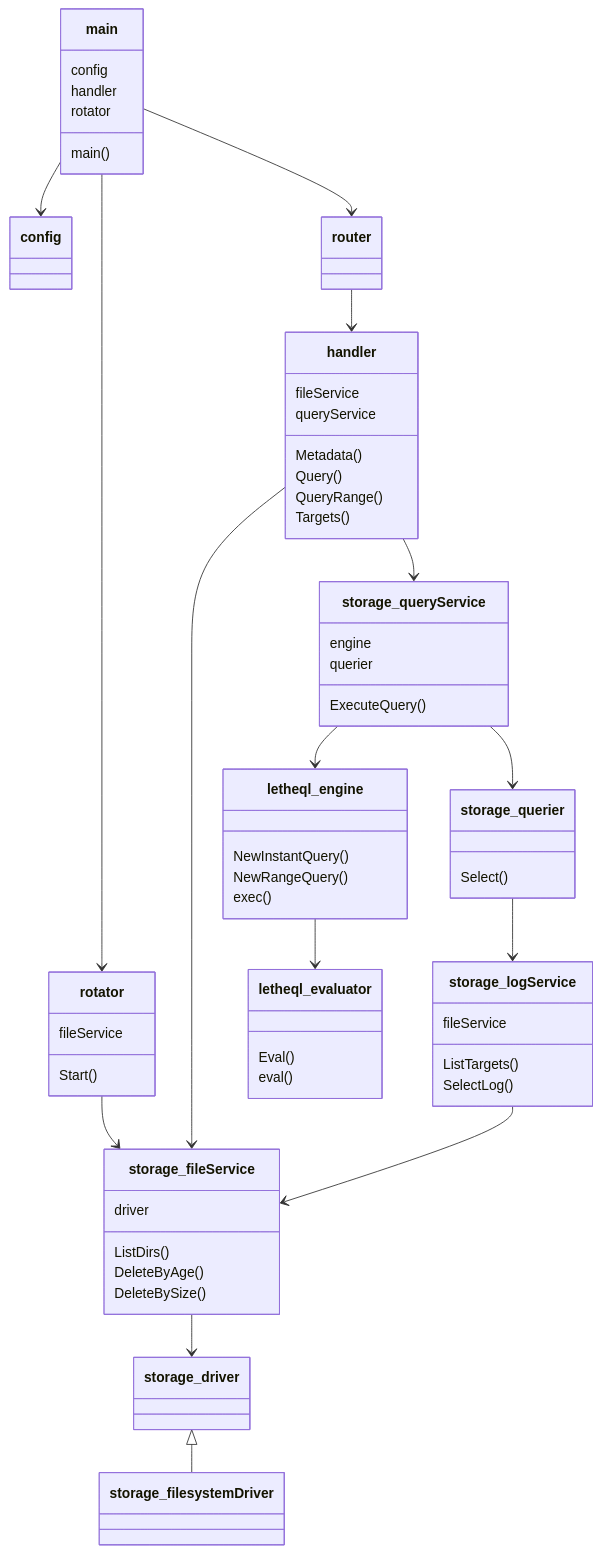
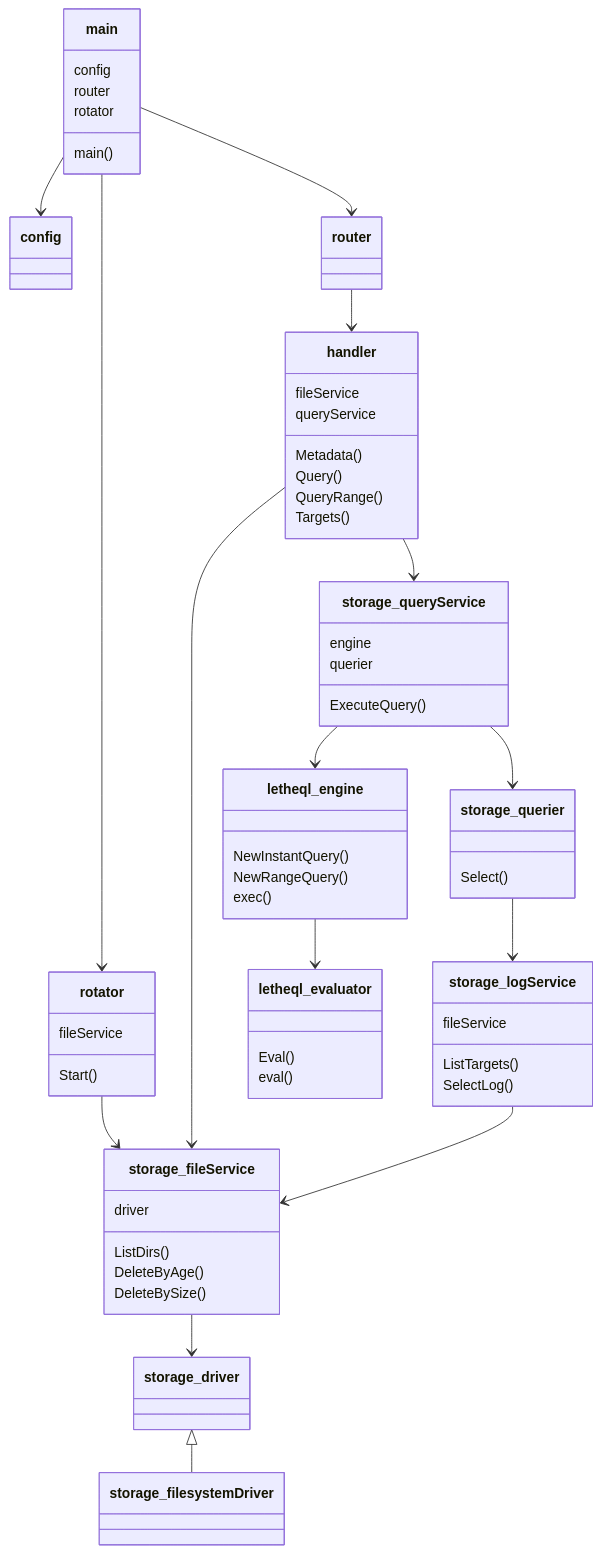
The diagram in docs/diagram.md (kuoss/lethe), drawn with Mermaid before and after one commit.

````diff
--- a/docs/diagram.md
+++ b/docs/diagram.md
@@ -1,81 +1,81 @@
 ```mermaid
 classDiagram
 
 main --> config
 main --> router
 main --> rotator
 
 router --> handler
 
 rotator --> storage_fileService
 
 handler --> storage_fileService
 handler --> storage_queryService
 
 storage_querier --> storage_logService
 
 storage_queryService --> storage_querier
 storage_queryService --> letheql_engine
 storage_logService --> storage_fileService
 storage_fileService --> storage_driver
 
 letheql_engine --> letheql_evaluator
 
 storage_driver <|-- storage_filesystemDriver
 
 class main {
     config
-    handler
+    router
     rotator
     main()
 }
 
 class rotator {
     fileService
     Start()
 }
 
 class handler {
     fileService
     queryService
     Metadata()
     Query()
     QueryRange()
     Targets()
 }
 
 class storage_querier {
     Select()
 }
 
 class storage_queryService {
     engine
     querier
     ExecuteQuery()
 }
 
 class storage_logService {
     fileService
     ListTargets()
     SelectLog()
 }
 
 class storage_fileService {
     driver
     ListDirs()
     DeleteByAge()
     DeleteBySize()
 }
 
 
 class letheql_engine {
     NewInstantQuery()
     NewRangeQuery()
     exec()
 }
 
 class letheql_evaluator {
     Eval()
     eval()
 }
 ```
````
